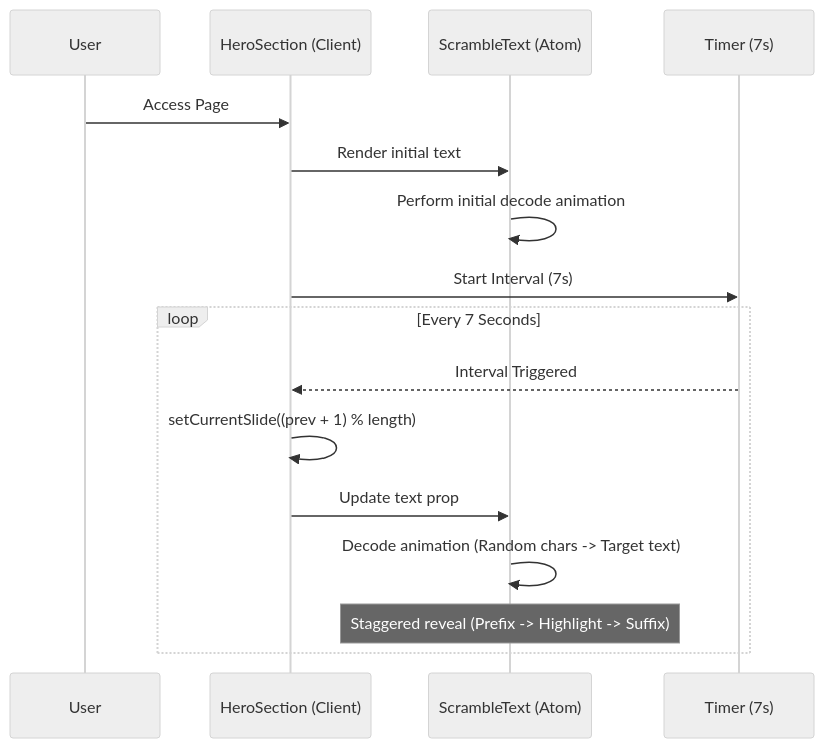
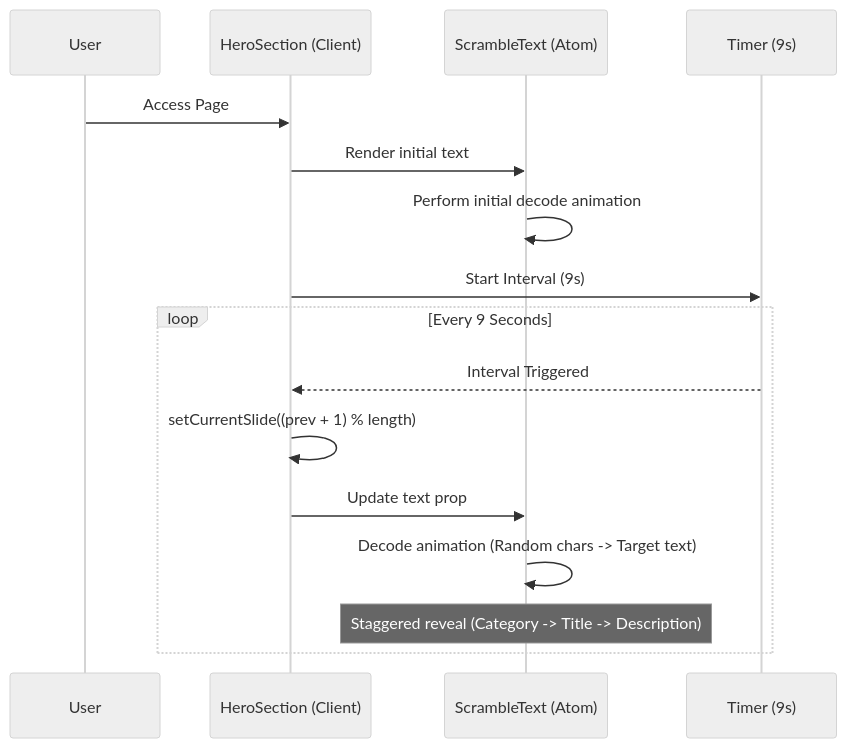
The diagram in src/docs/flows/hero-animation.md (tyou-technology/oliveto), drawn with Mermaid (neutral theme) before and after one commit. The commit also changed other lines of this file and 2 other files, not shown here.

Commit message:
feat(hero): replace rotating hero messages with category/title/description slides

````diff
--- a/src/docs/flows/hero-animation.md
+++ b/src/docs/flows/hero-animation.md
@@ -13,21 +13,21 @@
 ```mermaid
 sequenceDiagram
     participant U as User
     participant H as HeroSection (Client)
     participant S as ScrambleText (Atom)
-    participant T as Timer (7s)
+    participant T as Timer (9s)
 
     U->>H: Access Page
     H->>S: Render initial text
     S->>S: Perform initial decode animation
 
-    H->>T: Start Interval (7s)
+    H->>T: Start Interval (9s)
 
-    loop Every 7 Seconds
+    loop Every 9 Seconds
         T-->>H: Interval Triggered
         H->>H: setCurrentSlide((prev + 1) % length)
         H->>S: Update text prop
         S->>S: Decode animation (Random chars -> Target text)
-        Note over S: Staggered reveal (Prefix -> Highlight -> Suffix)
+        Note over S: Staggered reveal (Category -> Title -> Description)
     end
 ```
````
